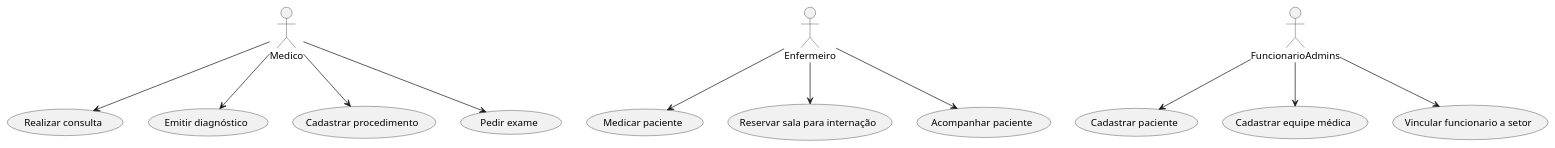
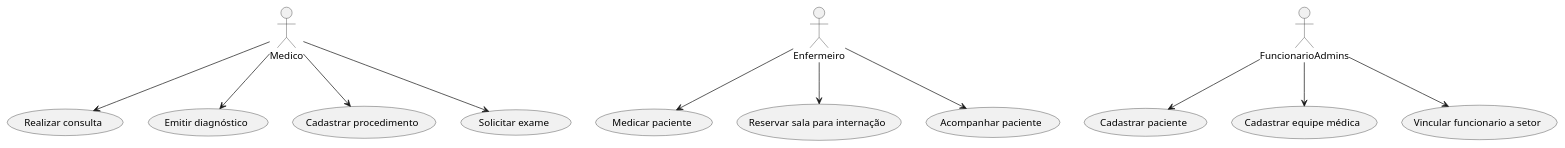
One commit to amandasantos312/engSoftwareII changed the diagram in hospital-usecase.plantuml. Above: the diagram before and after it, drawn with PlantUML. The commit also changed 2 other files, not shown here.

Commit message:
diagramas

```diff
--- a/hospital-usecase.plantuml
+++ b/hospital-usecase.plantuml
@@ -1,31 +1,31 @@
 @startuml Hospital
 
 actor Medico
 actor Enfermeiro
 actor FuncionarioAdmins as Admin
 
 
 usecase "Realizar consulta" as UC1
 usecase "Emitir diagnóstico" as UC2
 usecase "Cadastrar procedimento" as UC3
-usecase "Pedir exame" as UC4
+usecase "Solicitar exame" as UC4
 usecase "Cadastrar paciente" as UC5
 usecase "Cadastrar equipe médica" as UC6
 usecase "Vincular funcionario a setor" as UC7
 usecase "Medicar paciente" as UC8
 usecase "Reservar sala para internação" as UC9
 usecase "Acompanhar paciente" as UC10
 
 
 Medico --> UC1
 Medico --> UC2
 Medico --> UC3
 Medico --> UC4
 Admin --> UC5
 Admin --> UC6
 Admin --> UC7
 Enfermeiro --> UC8
 Enfermeiro --> UC9
 Enfermeiro --> UC10
 
 @enduml
```
